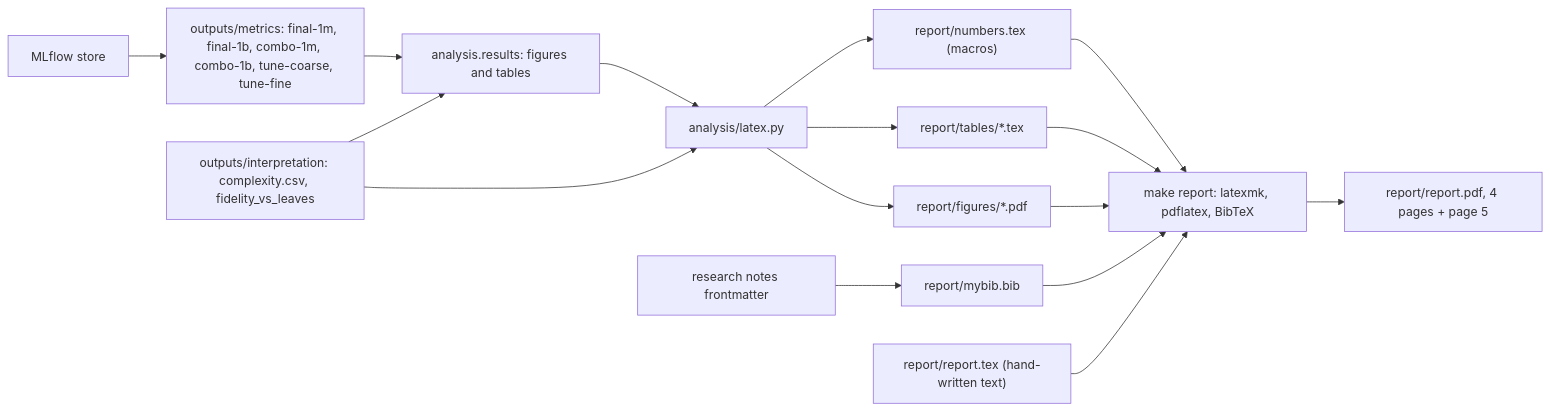
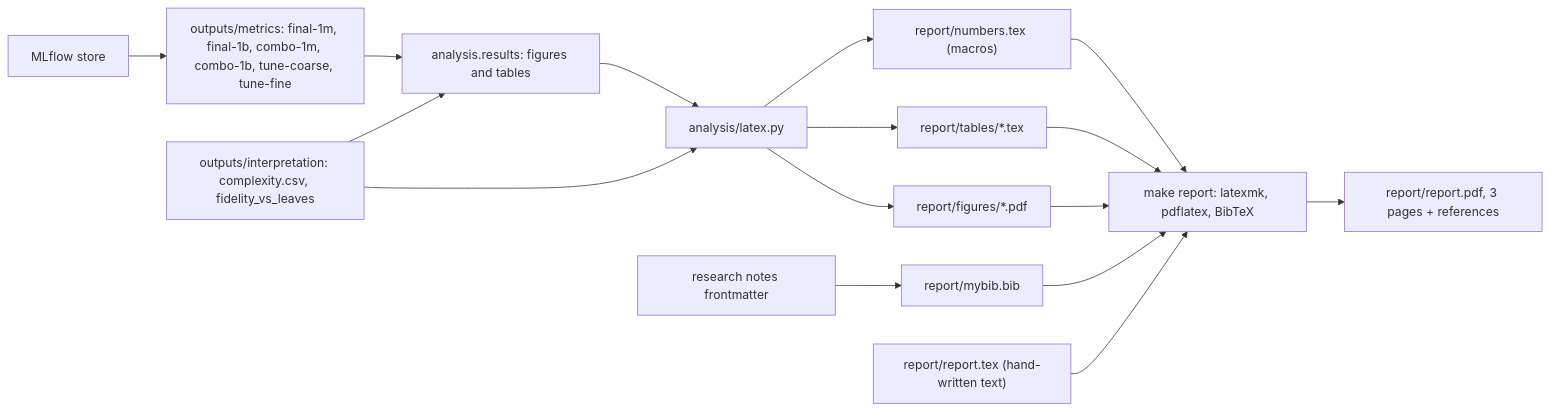
Before and after one commit to Pawlo77/rl-craftmax: the diagram in plans/2026-10-20-craftax-project/2026-10-20-craftax-report.md, drawn with Mermaid. The commit also changed other lines of this file and 2 other files, not shown here.

First line of the commit message:
docs(plans): cut the report to the course limit of 3 pages

````diff
--- a/plans/2026-10-20-craftax-project/2026-10-20-craftax-report.md
+++ b/plans/2026-10-20-craftax-project/2026-10-20-craftax-report.md
@@ -25,18 +25,18 @@
 ```mermaid
 flowchart LR
   ML["MLflow store"] --> EX["outputs/metrics: final-1m, final-1b, combo-1m, combo-1b, tune-coarse, tune-fine"]
   EX --> RS["analysis.results: figures and tables"]
   INT["outputs/interpretation: complexity.csv, fidelity_vs_leaves"] --> RS
   INT --> LX
   RS --> LX["analysis/latex.py"]
   LX --> NU["report/numbers.tex (macros)"]
   LX --> TB["report/tables/*.tex"]
   LX --> FG["report/figures/*.pdf"]
   NOTES["research notes frontmatter"] --> BIB["report/mybib.bib"]
   TXT["report/report.tex (hand-written text)"] --> LM["make report: latexmk, pdflatex, BibTeX"]
   NU --> LM
   TB --> LM
   FG --> LM
   BIB --> LM
-  LM --> PDF["report/report.pdf, 4 pages + page 5"]
+  LM --> PDF["report/report.pdf, 3 pages + references"]
 ```
````
